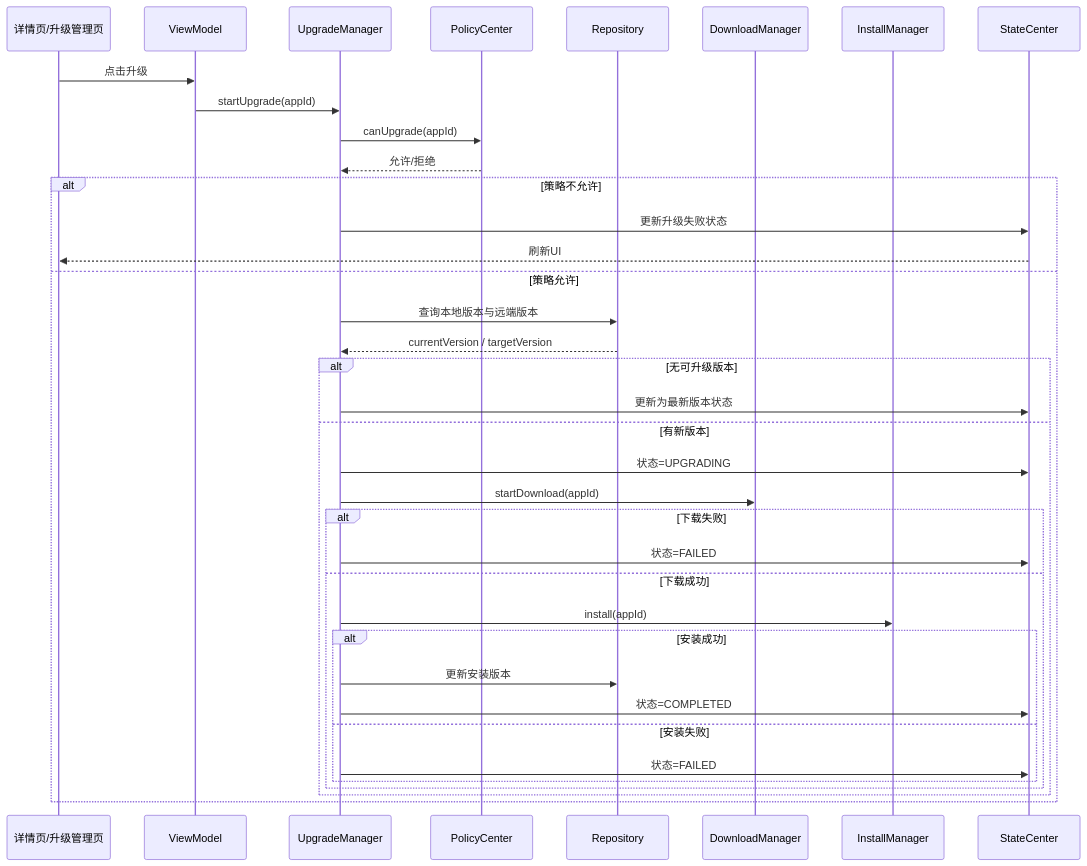
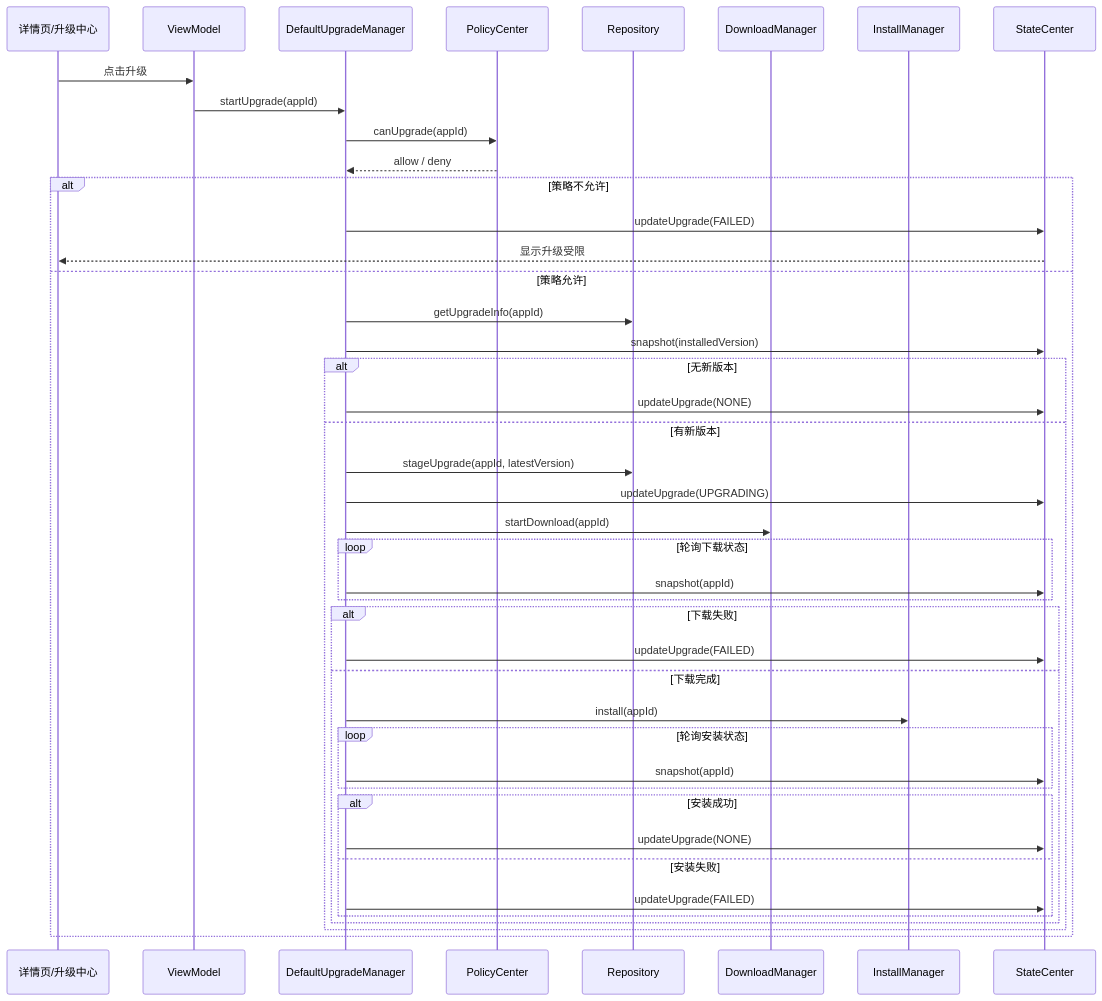
One commit to XZQ/CarAppStore changed the third of 4 diagrams in docs/11-升级模块架构与流程.md. Above: the diagram before and after it, drawn with Mermaid. The commit also changed other lines of this file and 35 other files, not shown here.

Commit message:
Docs: reorganize architecture docs and handoff guide

````diff
--- a/docs/11-升级模块架构与流程.md
+++ b/docs/11-升级模块架构与流程.md
@@ -86,45 +91,52 @@
 ```mermaid
 sequenceDiagram
-participant UI as 详情页/升级管理页
+participant UI as 详情页/升级中心
 participant VM as ViewModel
-participant UM as UpgradeManager
+participant UM as DefaultUpgradeManager
 participant PC as PolicyCenter
 participant REPO as Repository
 participant DM as DownloadManager
 participant IM as InstallManager
 participant SC as StateCenter
 
 UI->>VM: 点击升级
 VM->>UM: startUpgrade(appId)
 
 UM->>PC: canUpgrade(appId)
-PC-->>UM: 允许/拒绝
+PC-->>UM: allow / deny
 
 alt 策略不允许
-    UM->>SC: 更新升级失败状态
-    SC-->>UI: 刷新UI
+    UM->>SC: updateUpgrade(FAILED)
+    SC-->>UI: 显示升级受限
 else 策略允许
-    UM->>REPO: 查询本地版本与远端版本
-    REPO-->>UM: currentVersion / targetVersion
+    UM->>REPO: getUpgradeInfo(appId)
+    UM->>SC: snapshot(installedVersion)
 
-    alt 无可升级版本
-        UM->>SC: 更新为最新版本状态
+    alt 无新版本
+        UM->>SC: updateUpgrade(NONE)
     else 有新版本
-        UM->>SC: 状态=UPGRADING
+        UM->>REPO: stageUpgrade(appId, latestVersion)
+        UM->>SC: updateUpgrade(UPGRADING)
+
         UM->>DM: startDownload(appId)
+        loop 轮询下载状态
+            UM->>SC: snapshot(appId)
+        end
 
         alt 下载失败
-            UM->>SC: 状态=FAILED
-        else 下载成功
+            UM->>SC: updateUpgrade(FAILED)
+        else 下载完成
             UM->>IM: install(appId)
+            loop 轮询安装状态
+                UM->>SC: snapshot(appId)
+            end
 
             alt 安装成功
-                UM->>REPO: 更新安装版本
-                UM->>SC: 状态=COMPLETED
+                UM->>SC: updateUpgrade(NONE)
             else 安装失败
-                UM->>SC: 状态=FAILED
+                UM->>SC: updateUpgrade(FAILED)
             end
         end
     end
 end
 ```
````
